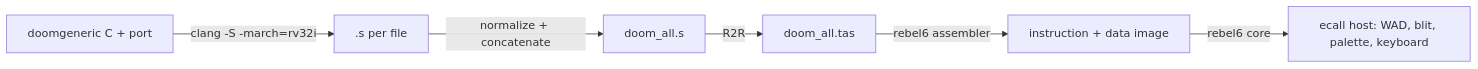
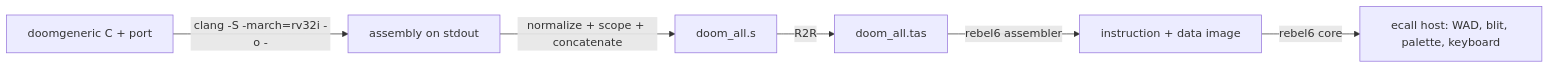
Before and after one commit to Tryquetra/setun-doom: the diagram in docs/rebel6-pipeline.md, drawn with Mermaid. The commit also changed other lines of this file and 3 other files, not shown here.

````diff
--- a/docs/rebel6-pipeline.md
+++ b/docs/rebel6-pipeline.md
@@ -16,8 +16,8 @@
 ```mermaid
 flowchart LR
-  A[doomgeneric C + port] -->|clang -S -march=rv32i| B[.s per file]
-  B -->|normalize + concatenate| C[doom_all.s]
+  A[doomgeneric C + port] -->|clang -S -march=rv32i -o -| B[assembly on stdout]
+  B -->|normalize + scope + concatenate| C[doom_all.s]
   C -->|R2R| D[doom_all.tas]
   D -->|rebel6 assembler| E[instruction + data image]
   E -->|rebel6 core| F[ecall host: WAD, blit, palette, keyboard]
 ```
````
